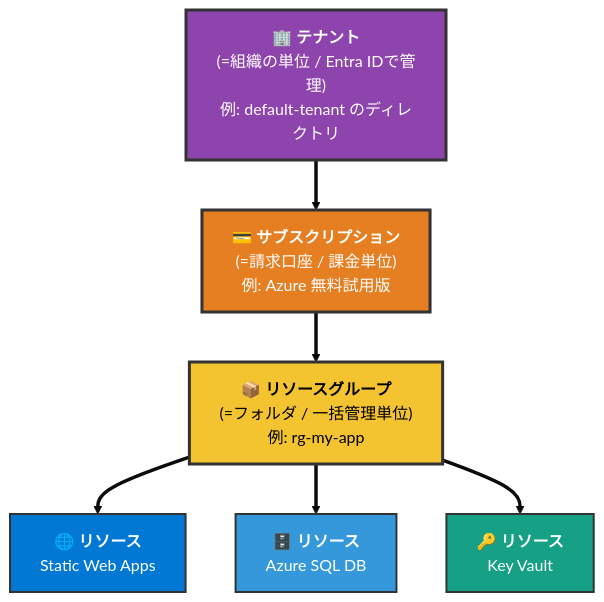
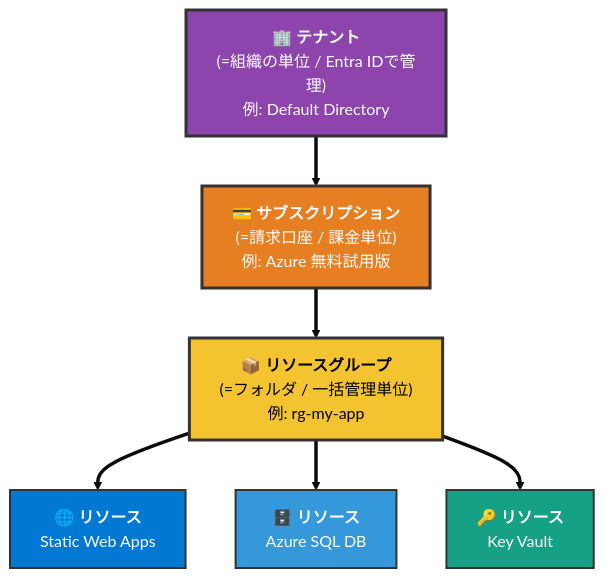
The fifth of 29 diagrams in azure/azure.md (kasuyaofcb/tech_docs), drawn with Mermaid (base theme) before and after one commit. The commit also changed other lines of this file, not shown here.

````diff
--- a/azure/azure.md
+++ b/azure/azure.md
@@ -126,16 +126,16 @@
 ```mermaid
 flowchart TB
-    T["🏢 <b>テナント</b><br/>(=組織の単位 / Entra IDで管理)<br/>例: default-tenant のディレクトリ"]
+    T["🏢 <b>テナント</b><br/>(=組織の単位 / Entra IDで管理)<br/>例: Default Directory"]
     T ==> S["💳 <b>サブスクリプション</b><br/>(=請求口座 / 課金単位)<br/>例: Azure 無料試用版"]
     S ==> RG["📦 <b>リソースグループ</b><br/>(=フォルダ / 一括管理単位)<br/>例: rg-my-app"]
     RG ==> R1["🌐 <b>リソース</b><br/>Static Web Apps"]
     RG ==> R2["🗄️ <b>リソース</b><br/>Azure SQL DB"]
     RG ==> R3["🔑 <b>リソース</b><br/>Key Vault"]
 
     style T fill:#8E44AD,color:#FFFFFF,stroke:#333,stroke-width:3px
     style S fill:#E67E22,color:#FFFFFF,stroke:#333,stroke-width:3px
     style RG fill:#F4C430,color:#000,stroke:#333,stroke-width:3px
     style R1 fill:#0078D4,color:#FFFFFF,stroke:#333,stroke-width:2px
     style R2 fill:#3498DB,color:#FFFFFF,stroke:#333,stroke-width:2px
     style R3 fill:#16A085,color:#FFFFFF,stroke:#333,stroke-width:2px
 ```
````
